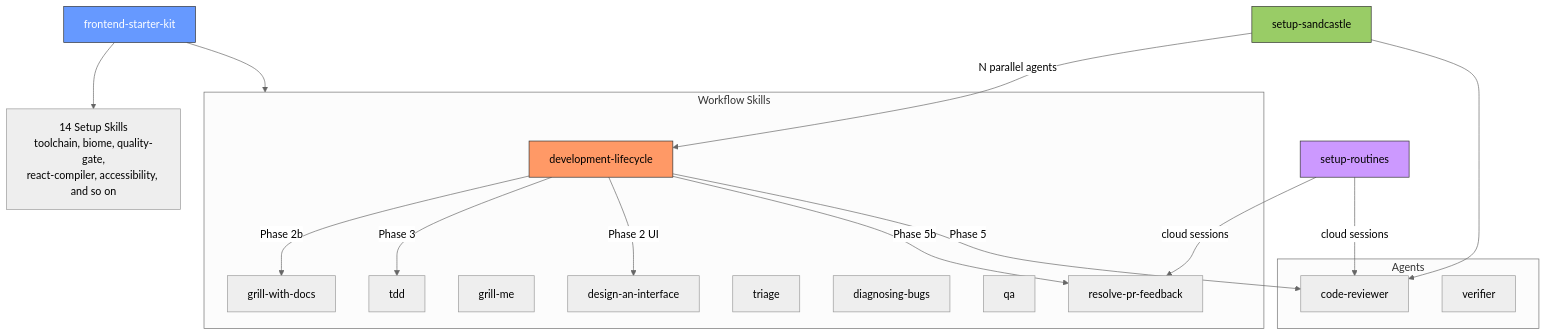
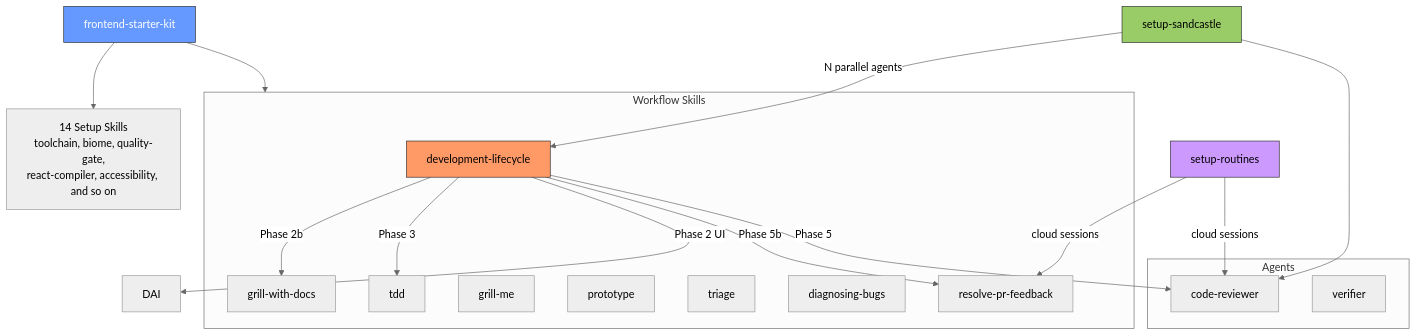
One commit to malinskibeniamin/skills changed the fifth of 6 diagrams in README.md. Above: the diagram before and after it, drawn with Mermaid (neutral theme). The commit also changed other lines of this file and 42 other files, not shown here.

````diff
--- a/README.md
+++ b/README.md
@@ -1019,44 +999,43 @@
 ```mermaid
 graph TD
     FSK["frontend-starter-kit"]
     Setup["14 Setup Skills\ntoolchain, biome, quality-gate,\nreact-compiler, accessibility, and so on"]
     SC[setup-sandcastle]
     RT[setup-routines]
 
     subgraph Workflow["Workflow Skills"]
         DL["development-lifecycle"]
         TDD[tdd]
         DM[grill-with-docs]
         GM[grill-me]
-        DAI[design-an-interface]
+        PROTO[prototype]
         TR[triage]
         DIAG[diagnosing-bugs]
-        QA[qa]
         RPF[resolve-pr-feedback]
     end
 
     subgraph Agents
         CR[code-reviewer]
         VER[verifier]
     end
 
     FSK --> Setup
     FSK --> Workflow
 
     DL -- "Phase 2b" --> DM
     DL -- "Phase 3" --> TDD
     DL -- "Phase 2 UI" --> DAI
     DL -- "Phase 5b" --> RPF
     DL -- "Phase 5" --> CR
 
     SC -- "N parallel agents" --> DL
     SC --> CR
 
     RT -- "cloud sessions" --> RPF
     RT -- "cloud sessions" --> CR
 
     style DL fill:#f96,stroke:#333,color:#000
     style FSK fill:#69f,stroke:#333,color:#fff
     style SC fill:#9c6,stroke:#333,color:#000
     style RT fill:#c9f,stroke:#333,color:#000
 ```
````
